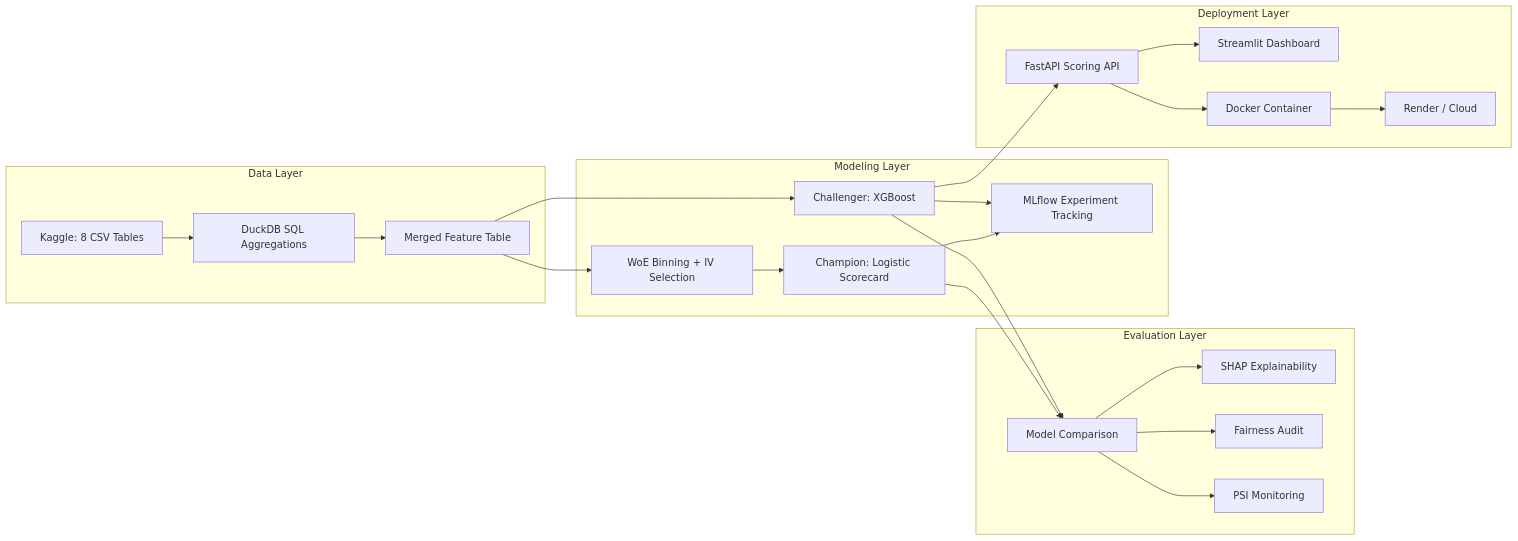
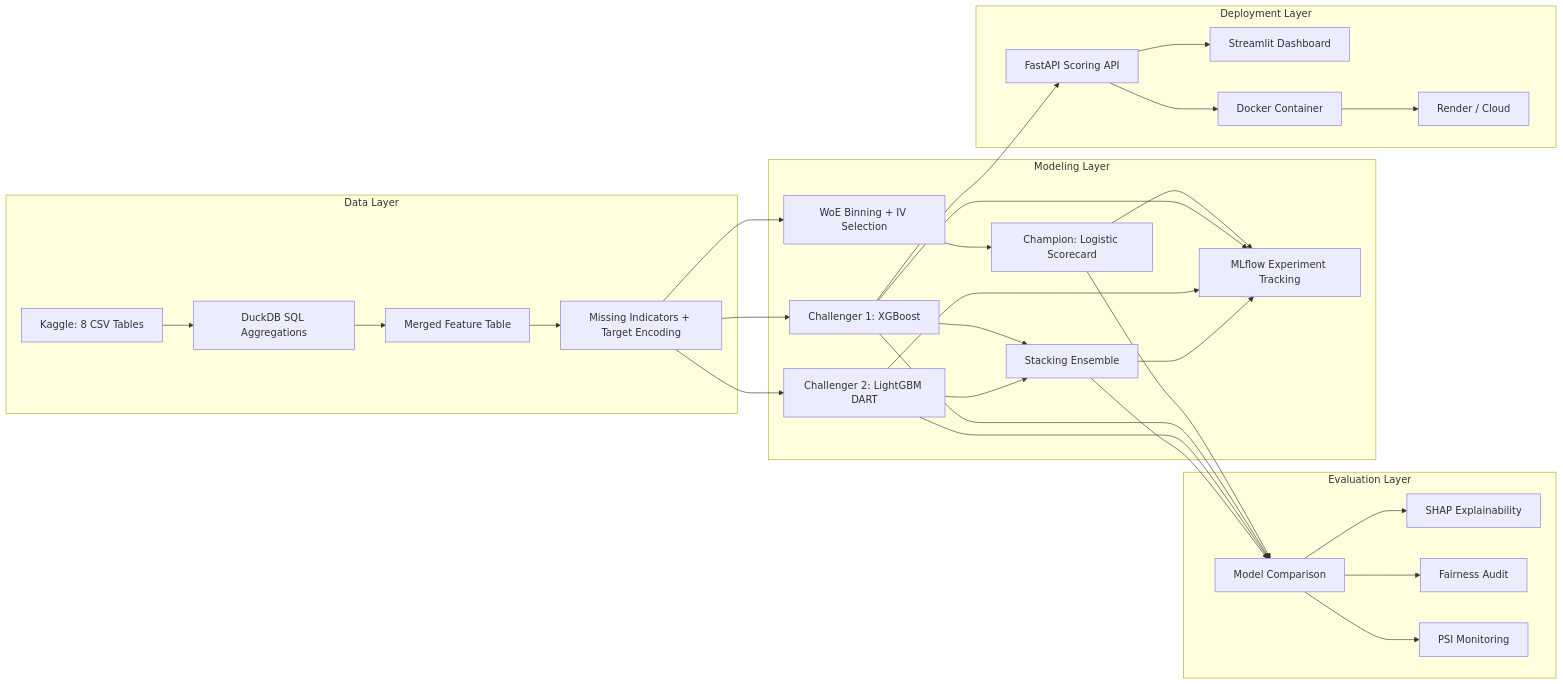
The diagram in README.md (erikim-dev/credit-scorecard-pipeline), drawn with Mermaid before and after one commit. The commit also changed other lines of this file and 12 other files, not shown here.

First line of the commit message:
Add LightGBM DART + stacking ensemble, missing indicators, target encoding -- LGB AUC 0.88, XGB 0.84, Stacking 0.85

````diff
--- a/README.md
+++ b/README.md
@@ -13,30 +13,38 @@
 ```mermaid
 graph LR
     subgraph Data Layer
         A[Kaggle: 8 CSV Tables] --> B[DuckDB SQL Aggregations]
         B --> C[Merged Feature Table]
+        C --> D[Missing Indicators + Target Encoding]
     end
 
     subgraph Modeling Layer
-        C --> D[WoE Binning + IV Selection]
-        D --> E[Champion: Logistic Scorecard]
-        C --> F[Challenger: XGBoost]
-        E --> G[MLflow Experiment Tracking]
-        F --> G
+        D --> E[WoE Binning + IV Selection]
+        E --> F[Champion: Logistic Scorecard]
+        D --> G[Challenger 1: XGBoost]
+        D --> H[Challenger 2: LightGBM DART]
+        G --> I[Stacking Ensemble]
+        H --> I
+        F --> J[MLflow Experiment Tracking]
+        G --> J
+        H --> J
+        I --> J
     end
 
     subgraph Evaluation Layer
-        E --> H[Model Comparison]
-        F --> H
-        H --> I[SHAP Explainability]
-        H --> J[Fairness Audit]
-        H --> K[PSI Monitoring]
+        F --> K[Model Comparison]
+        G --> K
+        H --> K
+        I --> K
+        K --> L[SHAP Explainability]
+        K --> M[Fairness Audit]
+        K --> N[PSI Monitoring]
     end
 
     subgraph Deployment Layer
-        F --> L[FastAPI Scoring API]
-        L --> M[Streamlit Dashboard]
-        L --> N[Docker Container]
-        N --> O[Render / Cloud]
+        G --> O[FastAPI Scoring API]
+        O --> P[Streamlit Dashboard]
+        O --> Q[Docker Container]
+        Q --> R[Render / Cloud]
     end
 ```
````
